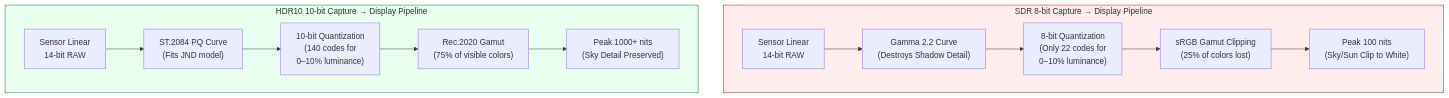
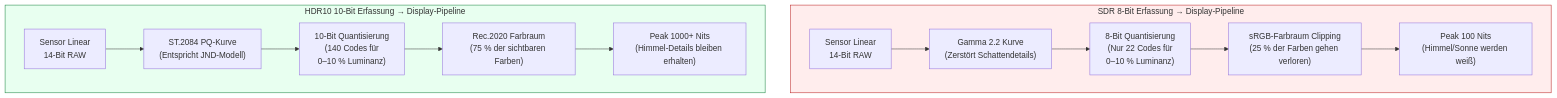
One commit to zoozooll/AndroidCameraParameters changed the first of 2 diagrams in website/i18n/de/docusaurus-plugin-content-docs/current/camera2/hdr-and-ultra-hdr.md. Above: the diagram before and after it, drawn with Mermaid. The commit also changed other lines of this file and 378 other files, not shown here.

````diff
--- a/website/i18n/de/docusaurus-plugin-content-docs/current/camera2/hdr-and-ultra-hdr.md
+++ b/website/i18n/de/docusaurus-plugin-content-docs/current/camera2/hdr-and-ultra-hdr.md
@@ -33,19 +33,19 @@
 ```mermaid
 flowchart TD
-    subgraph SDRpath["SDR 8-bit Capture → Display Pipeline"]
-        S1["Sensor Linear\n14-bit RAW"] --> S2["Gamma 2.2 Curve\n(Destroys Shadow Detail)"]
-        S2 --> S3["8-bit Quantization\n(Only 22 codes for\n0–10% luminance)"]
-        S3 --> S4["sRGB Gamut Clipping\n(25% of colors lost)"]
-        S4 --> S5["Peak 100 nits\n(Sky/Sun Clip to White)"]
+    subgraph SDRpath["SDR 8-Bit Erfassung → Display-Pipeline"]
+        S1["Sensor Linear<br/>14-Bit RAW"] --> S2["Gamma 2.2 Kurve<br/>(Zerstört Schattendetails)"]
+        S2 --> S3["8-Bit Quantisierung<br/>(Nur 22 Codes für<br/>0–10 % Luminanz)"]
+        S3 --> S4["sRGB-Farbraum Clipping<br/>(25 % der Farben gehen verloren)"]
+        S4 --> S5["Peak 100 Nits<br/>(Himmel/Sonne werden weiß)"]
     end
 
-    subgraph HDRpath["HDR10 10-bit Capture → Display Pipeline"]
-        H1["Sensor Linear\n14-bit RAW"] --> H2["ST.2084 PQ Curve\n(Fits JND model)"]
-        H2 --> H3["10-bit Quantization\n(140 codes for\n0–10% luminance)"]
-        H3 --> H4["Rec.2020 Gamut\n(75% of visible colors)"]
-        H4 --> H5["Peak 1000+ nits\n(Sky Detail Preserved)"]
+    subgraph HDRpath["HDR10 10-Bit Erfassung → Display-Pipeline"]
+        H1["Sensor Linear<br/>14-Bit RAW"] --> H2["ST.2084 PQ-Kurve<br/>(Entspricht JND-Modell)"]
+        H2 --> H3["10-Bit Quantisierung<br/>(140 Codes für<br/>0–10 % Luminanz)"]
+        H3 --> H4["Rec.2020 Farbraum<br/>(75 % der sichtbaren Farben)"]
+        H4 --> H5["Peak 1000+ Nits<br/>(Himmel-Details bleiben erhalten)"]
     end
 
     style SDRpath fill:#ffeded,stroke:#b91c1c
     style HDRpath fill:#e8fff0,stroke:#15803d
 ```
````
